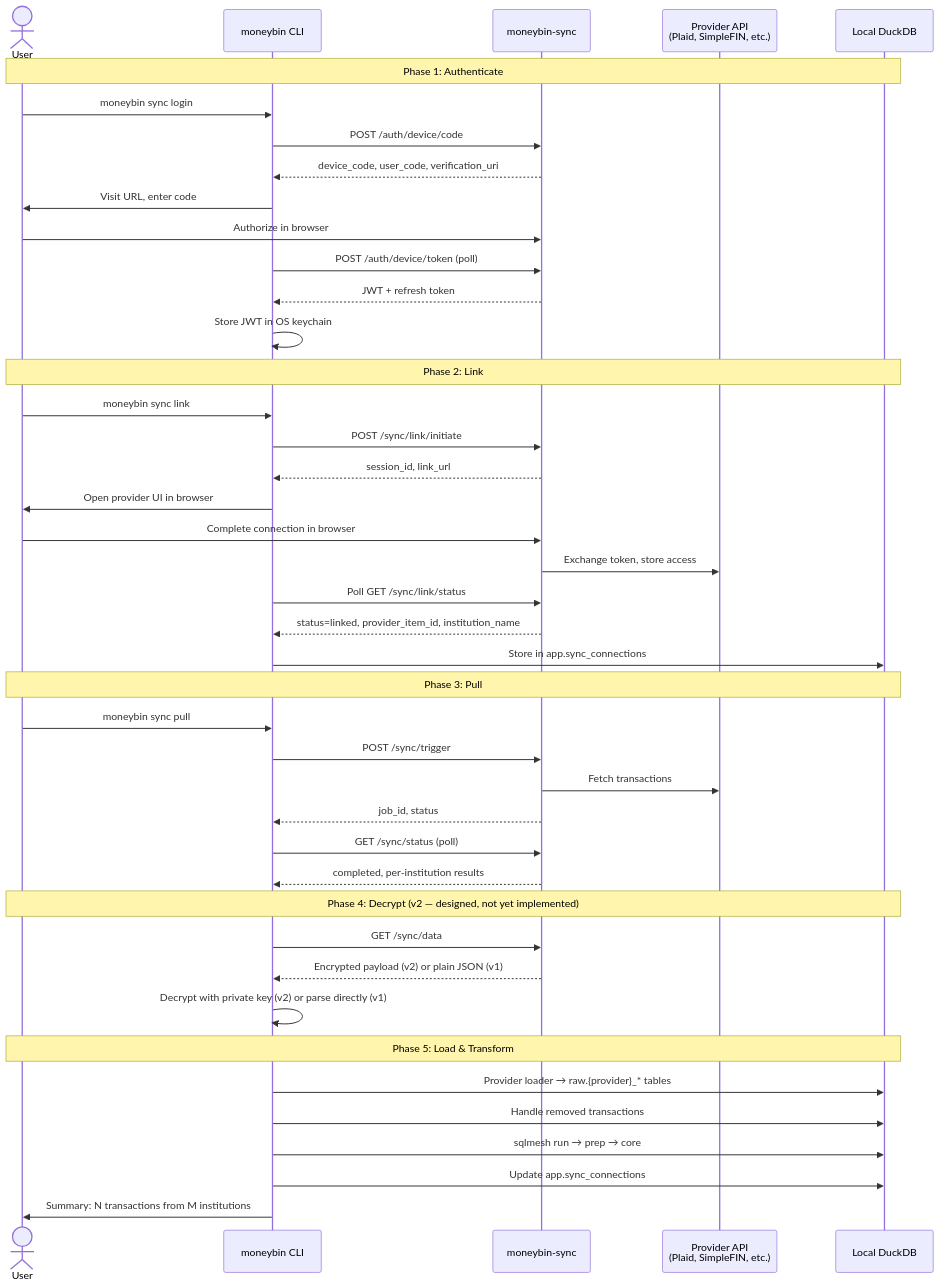
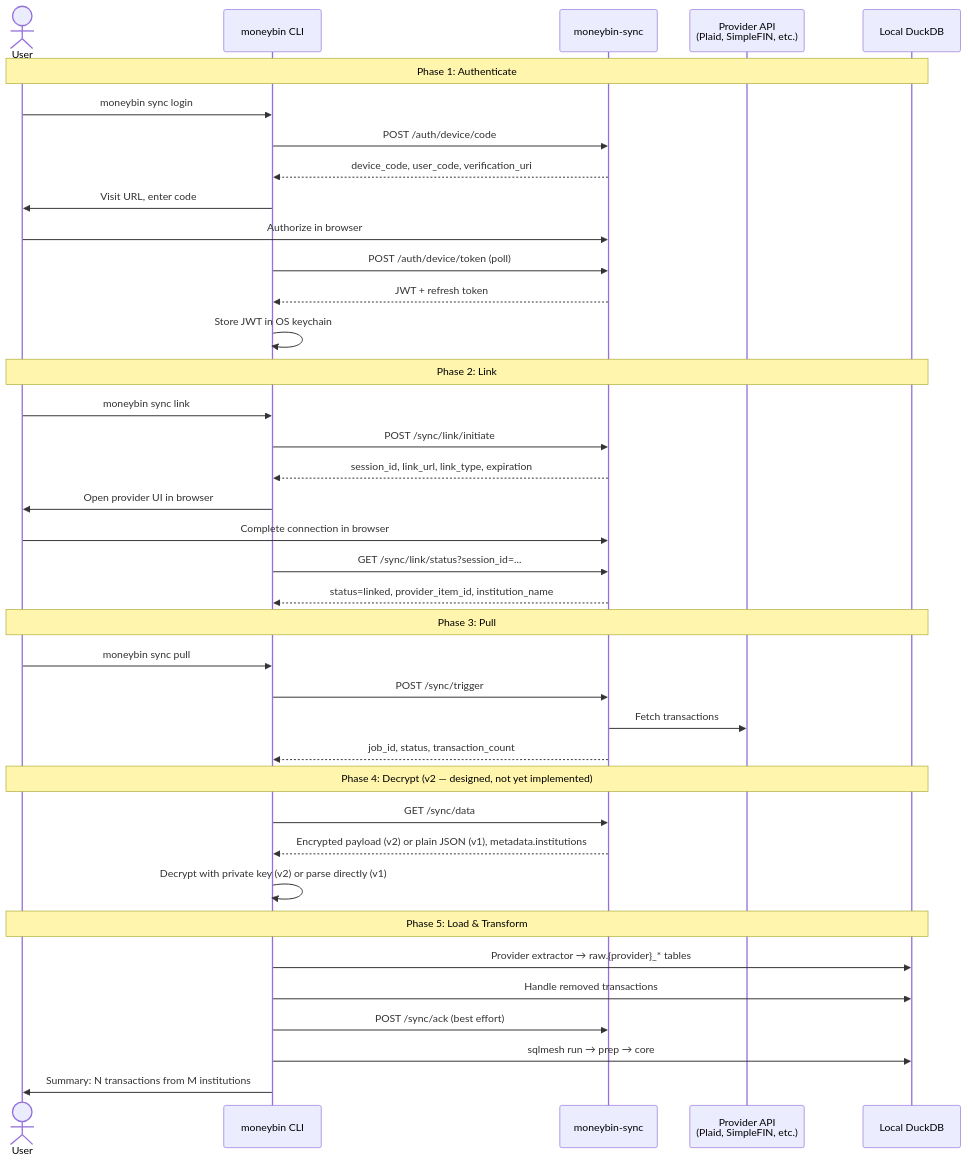
The first of 2 diagrams in docs/specs/sync-overview.md (bsaffel/moneybin), drawn with Mermaid before and after one commit. The commit also changed other lines of this file and 10 other files, not shown here.

````diff
--- a/docs/specs/sync-overview.md
+++ b/docs/specs/sync-overview.md
@@ -68,49 +68,45 @@
 ```mermaid
 sequenceDiagram
     actor User
     participant CLI as moneybin CLI
     participant Server as moneybin-sync
     participant Provider as Provider API<br/>(Plaid, SimpleFIN, etc.)
     participant DB as Local DuckDB
 
     Note over User,DB: Phase 1: Authenticate
     User->>CLI: moneybin sync login
     CLI->>Server: POST /auth/device/code
     Server-->>CLI: device_code, user_code, verification_uri
     CLI->>User: Visit URL, enter code
     User->>Server: Authorize in browser
     CLI->>Server: POST /auth/device/token (poll)
     Server-->>CLI: JWT + refresh token
     CLI->>CLI: Store JWT in OS keychain
 
     Note over User,DB: Phase 2: Link
     User->>CLI: moneybin sync link
     CLI->>Server: POST /sync/link/initiate
-    Server-->>CLI: session_id, link_url
+    Server-->>CLI: session_id, link_url, link_type, expiration
     CLI->>User: Open provider UI in browser
     User->>Server: Complete connection in browser
-    Server->>Provider: Exchange token, store access
-    CLI->>Server: Poll GET /sync/link/status
+    CLI->>Server: GET /sync/link/status?session_id=...
     Server-->>CLI: status=linked, provider_item_id, institution_name
-    CLI->>DB: Store in app.sync_connections
 
     Note over User,DB: Phase 3: Pull
     User->>CLI: moneybin sync pull
     CLI->>Server: POST /sync/trigger
     Server->>Provider: Fetch transactions
-    Server-->>CLI: job_id, status
-    CLI->>Server: GET /sync/status (poll)
-    Server-->>CLI: completed, per-institution results
+    Server-->>CLI: job_id, status, transaction_count
 
     Note over User,DB: Phase 4: Decrypt (v2 — designed, not yet implemented)
     CLI->>Server: GET /sync/data
-    Server-->>CLI: Encrypted payload (v2) or plain JSON (v1)
+    Server-->>CLI: Encrypted payload (v2) or plain JSON (v1), metadata.institutions
     CLI->>CLI: Decrypt with private key (v2) or parse directly (v1)
 
     Note over User,DB: Phase 5: Load & Transform
-    CLI->>DB: Provider loader → raw.{provider}_* tables
+    CLI->>DB: Provider extractor → raw.{provider}_* tables
     CLI->>DB: Handle removed transactions
+    CLI->>Server: POST /sync/ack (best effort)
     CLI->>DB: sqlmesh run → prep → core
-    CLI->>DB: Update app.sync_connections
     CLI->>User: Summary: N transactions from M institutions
 ```
````
